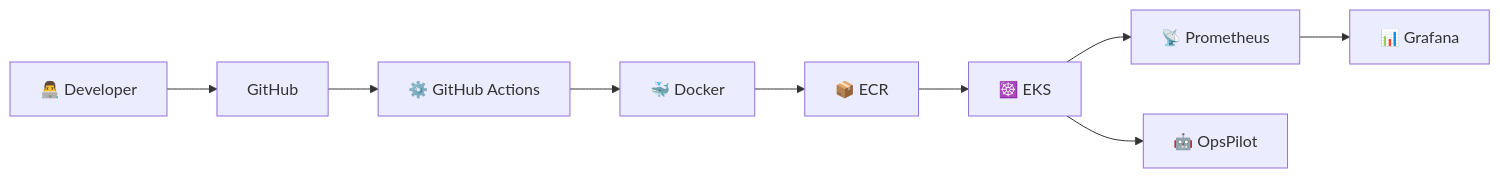
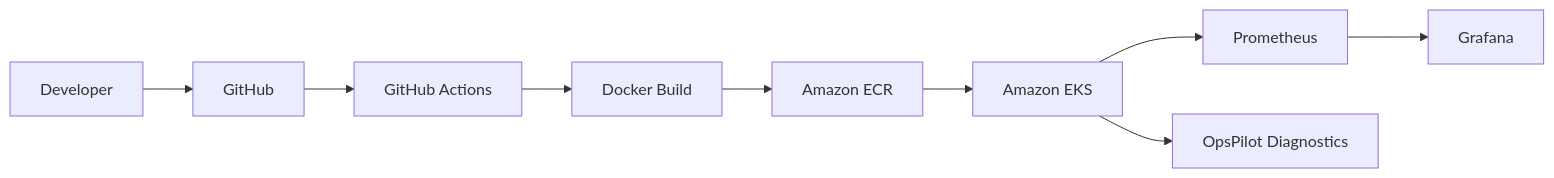
Before and after one commit to harshithrosun2705-star/harshithrosun2705-star: the second of 7 diagrams in README.md, drawn with Mermaid. The commit also changed other lines of this file, not shown here.

````diff
--- a/README.md
+++ b/README.md
@@ -473,24 +363,11 @@
 ```mermaid
 flowchart LR
-
-    DEV["👨‍💻 Developer"]
-    GH["GitHub"]
-    CI["⚙️ GitHub Actions"]
-    DK["🐳 Docker"]
-    ECR["📦 ECR"]
-    EKS["☸️ EKS"]
-    PROM["📡 Prometheus"]
-    GRAF["📊 Grafana"]
-    OPS["🤖 OpsPilot"]
-
-    DEV --> GH
-    GH --> CI
-    CI --> DK
-    DK --> ECR
-    ECR --> EKS
-
-    EKS --> PROM
-    PROM --> GRAF
-
-    EKS --> OPS
+    A["Developer"] --> B["GitHub"]
+    B --> C["GitHub Actions"]
+    C --> D["Docker Build"]
+    D --> E["Amazon ECR"]
+    E --> F["Amazon EKS"]
+    F --> G["Prometheus"]
+    G --> H["Grafana"]
+    F --> I["OpsPilot Diagnostics"]
 ```
````
